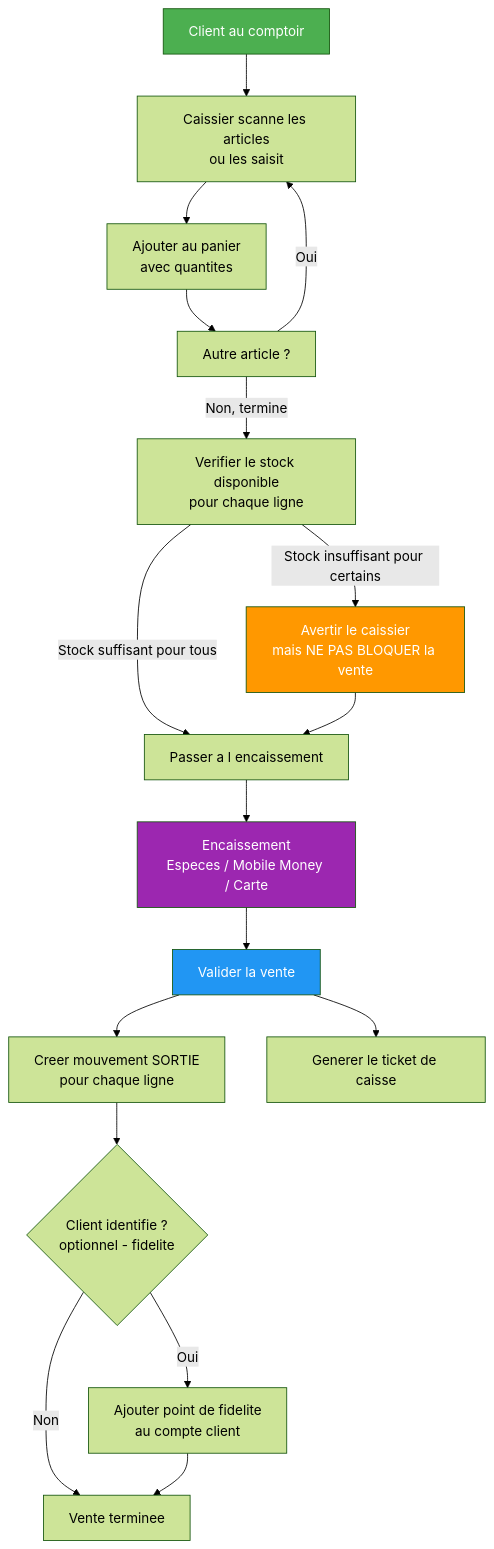
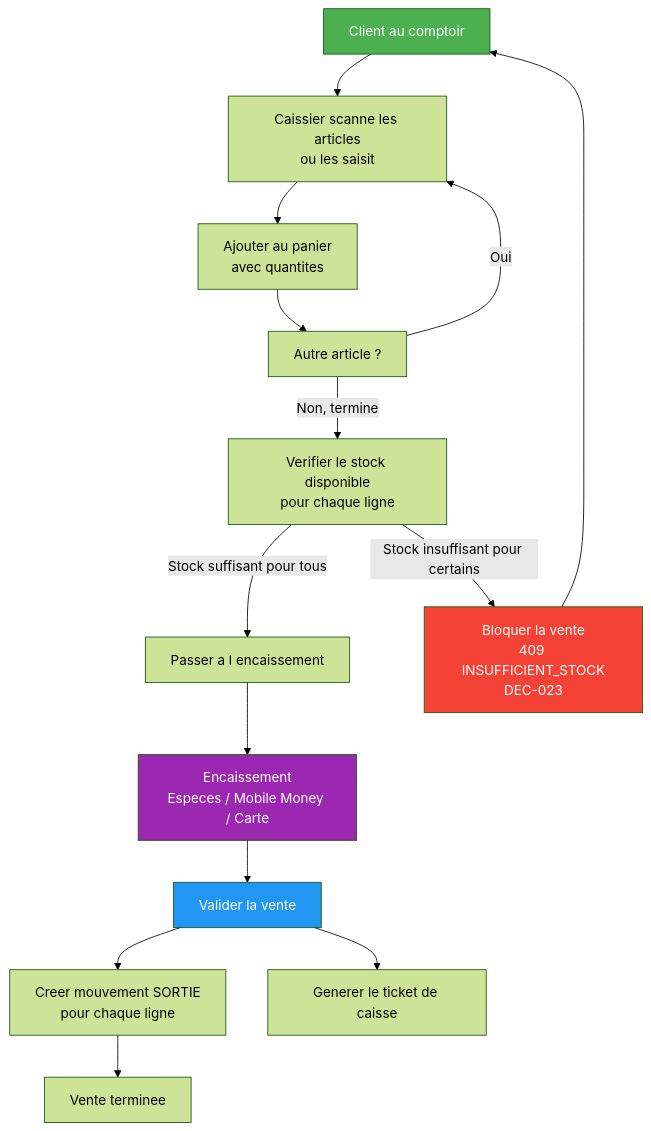
The first of 3 diagrams in document/diagrams/10-vente-directe-caisse.md (ulruchdev/gestion_de_stok_multifiliale), drawn with Mermaid (forest theme) before and after one commit. The commit also changed 6 other files, not shown here.

````diff
--- a/document/diagrams/10-vente-directe-caisse.md
+++ b/document/diagrams/10-vente-directe-caisse.md
@@ -5,32 +5,28 @@
 ```mermaid
 graph TD
     Start[Client au comptoir] --> Scan[Caissier scanne les articles<br/>ou les saisit]
 
     Scan --> Add[Ajouter au panier<br/>avec quantites]
     Add --> AddMore[Autre article ?]
     AddMore -->|Oui| Scan
     AddMore -->|Non, termine| CheckStock[Verifier le stock disponible<br/>pour chaque ligne]
 
     CheckStock -->|Stock suffisant pour tous| Continue[Passer a l encaissement]
-    CheckStock -->|Stock insuffisant pour certains| Warning[Avertir le caissier<br/>mais NE PAS BLOQUER la vente]
+    CheckStock -->|Stock insuffisant pour certains| Blocker[Bloquer la vente<br/>409 INSUFFICIENT_STOCK<br/>DEC-023]
 
-    Warning --> Continue
+    Blocker --> Start
+
     Continue --> Payment[Encaissement<br/>Especes / Mobile Money / Carte]
 
     Payment --> Validate[Valider la vente]
 
     Validate --> CreateMvt[Creer mouvement SORTIE<br/>pour chaque ligne]
     Validate --> GenerateTicket[Generer le ticket de caisse]
 
-    CreateMvt --> CheckClient{Client identifie ?<br/>optionnel - fidelite}
-
-    CheckClient -->|Oui| Fidelity[Ajouter point de fidelite<br/>au compte client]
-    CheckClient -->|Non| End
-
-    Fidelity --> End[Vente terminee]
+    CreateMvt --> End[Vente terminee]
 
     style Start fill:#4CAF50,color:white
     style Validate fill:#2196F3,color:white
-    style Warning fill:#FF9800,color:white
+    style Blocker fill:#f44336,color:white
     style Payment fill:#9C27B0,color:white
 ```
````
